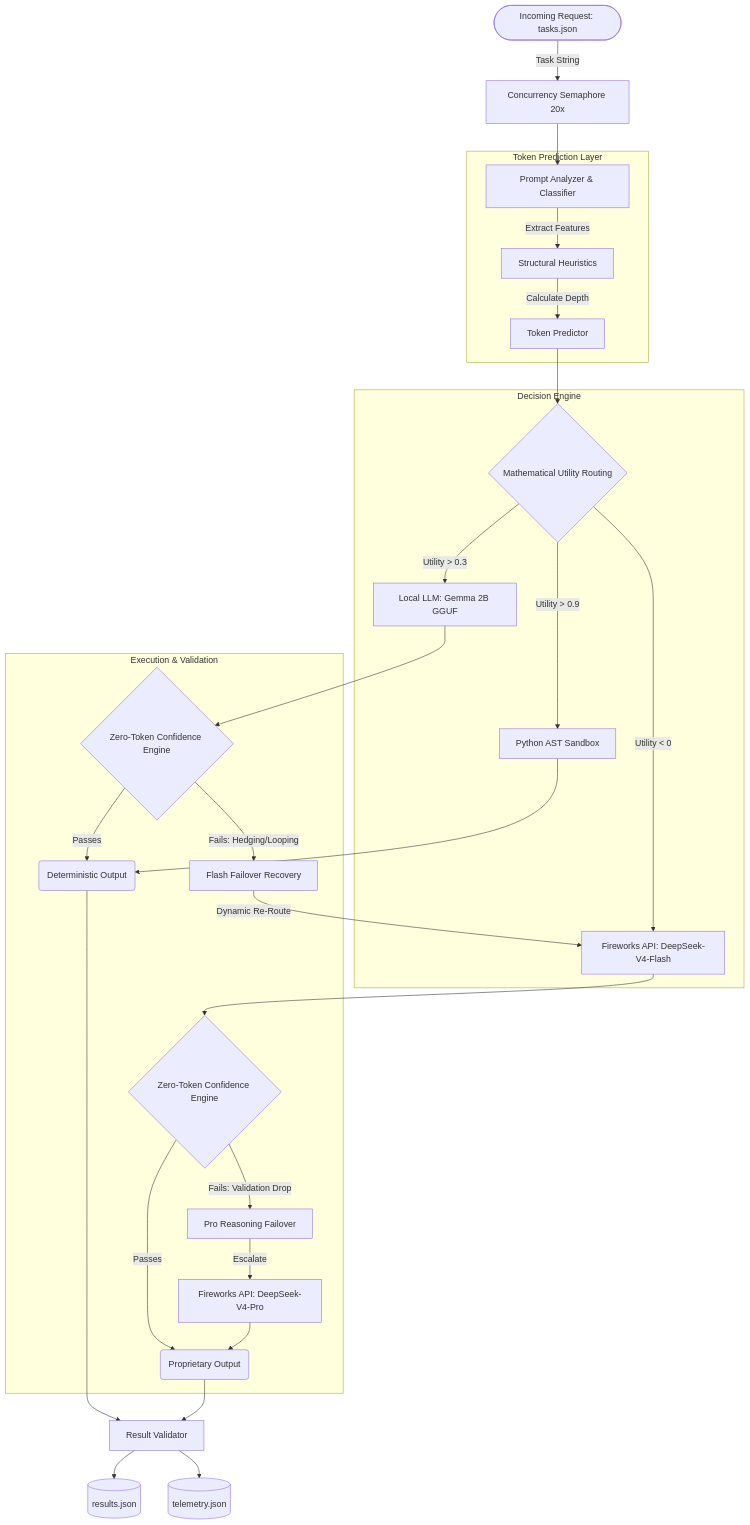
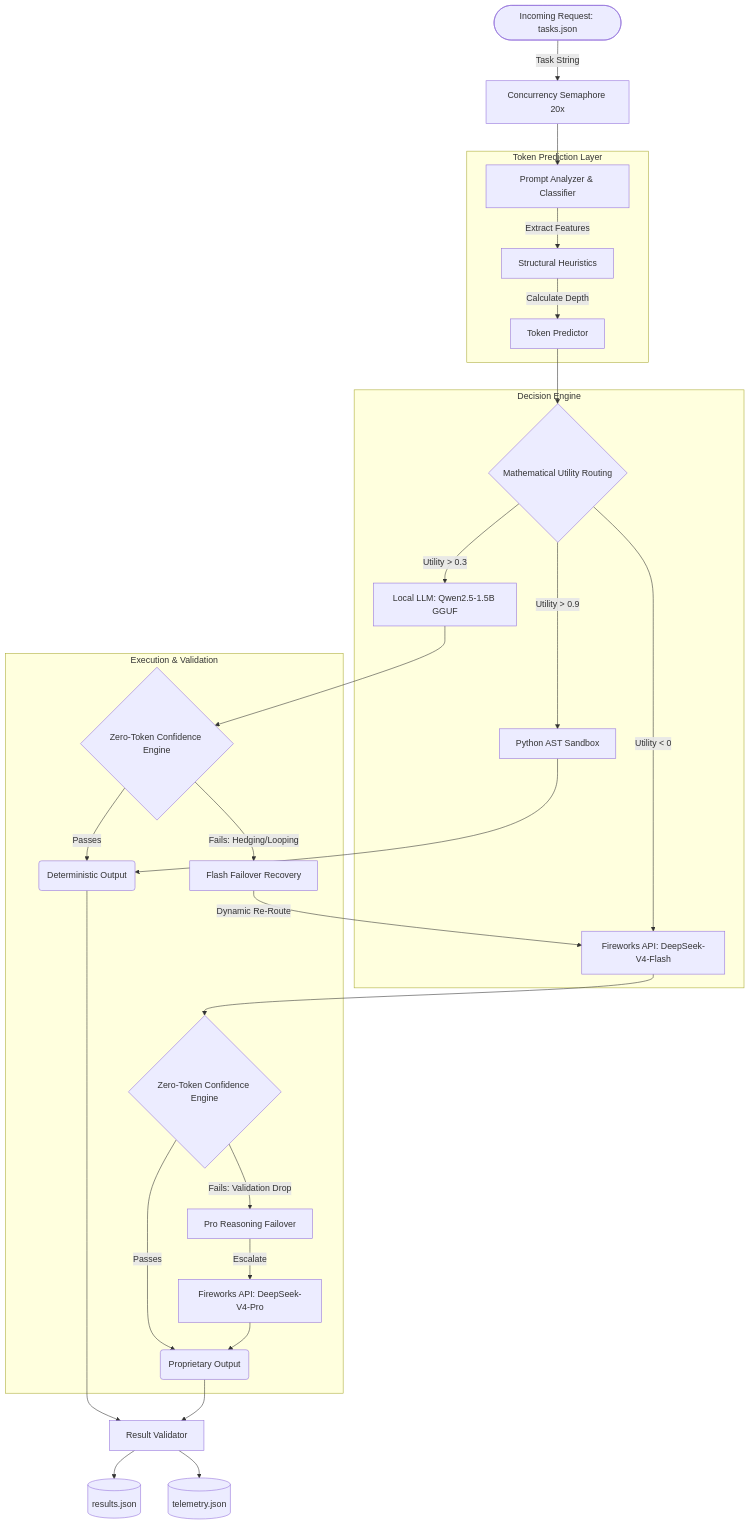
Before and after one commit to RudraMalvankar/Base42: the first of 2 diagrams in README.md, drawn with Mermaid. The commit also changed other lines of this file, not shown here.

Commit message:
docs: Update README with token optimization journey and Qwen2.5-1.5B specs

````diff
--- a/README.md
+++ b/README.md
@@ -18,37 +18,37 @@
 ```mermaid
 graph TD
     A([Incoming Request: tasks.json]) -->|Task String| B[Concurrency Semaphore 20x]
     B --> C[Prompt Analyzer & Classifier]
     
     subgraph Token Prediction Layer
     C -->|Extract Features| D[Structural Heuristics]
     D -->|Calculate Depth| E[Token Predictor]
     end
     
     subgraph Decision Engine
     E --> F{Mathematical Utility Routing}
     F -->|Utility > 0.9| G[Python AST Sandbox]
-    F -->|Utility > 0.3| H[Local LLM: Gemma 2B GGUF]
+    F -->|Utility > 0.3| H[Local LLM: Qwen2.5-1.5B GGUF]
     F -->|Utility < 0| I[Fireworks API: DeepSeek-V4-Flash]
     end
     
     subgraph Execution & Validation
     G --> J(Deterministic Output)
     H --> K{Zero-Token Confidence Engine}
     I --> L{Zero-Token Confidence Engine}
     
     K -->|Passes| J
     K -->|Fails: Hedging/Looping| M[Flash Failover Recovery]
     M -->|Dynamic Re-Route| I
     
     L -->|Passes| N(Proprietary Output)
     L -->|Fails: Validation Drop| O[Pro Reasoning Failover]
     O -->|Escalate| P[Fireworks API: DeepSeek-V4-Pro]
     P --> N
     end
     
     J --> Q[Result Validator]
     N --> Q
     Q --> R[(results.json)]
     Q --> S[(telemetry.json)]
 ```
````
